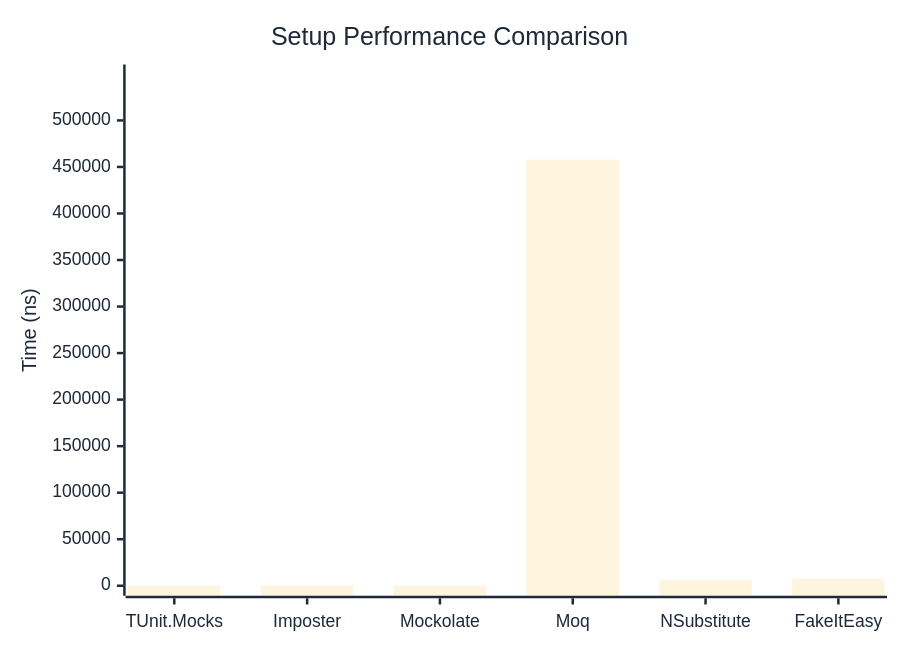
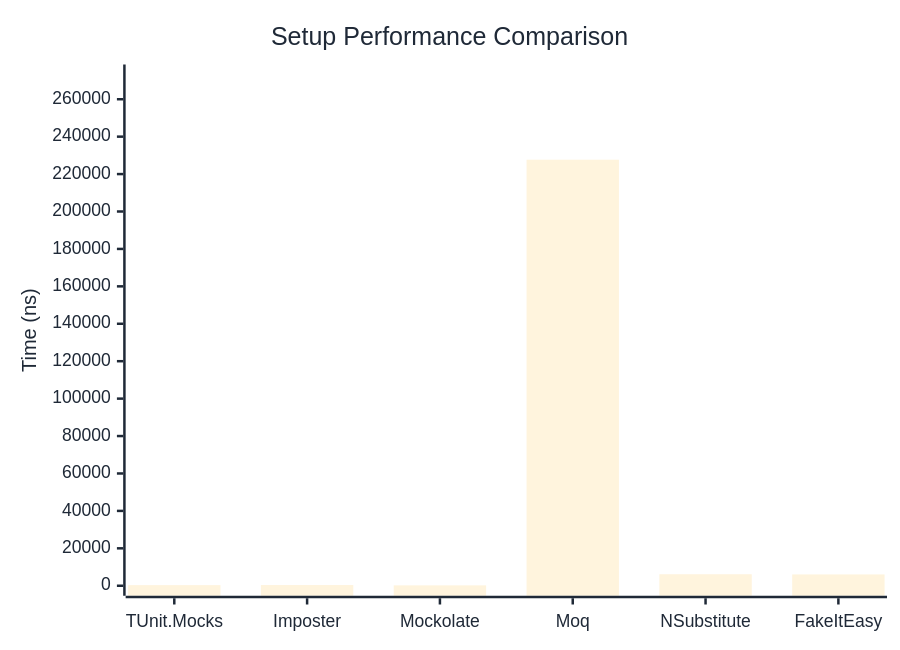
Before and after one commit to thomhurst/TUnit: the first of 2 diagrams in docs/docs/benchmarks/mocks/Setup.md, drawn with Mermaid. The commit also changed other lines of this file and 14 other files, not shown here.

````diff
--- a/docs/docs/benchmarks/mocks/Setup.md
+++ b/docs/docs/benchmarks/mocks/Setup.md
@@ -30,27 +30,27 @@
 ```mermaid
 %%{init: {
   'theme':'base',
   'themeVariables': {
     'primaryColor': '#2563eb',
     'primaryTextColor': '#1f2937',
     'primaryBorderColor': '#1e40af',
     'lineColor': '#6b7280',
     'secondaryColor': '#7c3aed',
     'tertiaryColor': '#dc2626',
     'background': '#ffffff',
     'pie1': '#2563eb',
     'pie2': '#7c3aed',
     'pie3': '#dc2626',
     'pie4': '#f59e0b',
     'pie5': '#10b981',
     'pie6': '#06b6d4',
     'pie7': '#ec4899',
     'pie8': '#6366f1'
   }
 }}%%
 xychart-beta
   title "Setup Performance Comparison"
   x-axis ["TUnit.Mocks", "Imposter", "Mockolate", "Moq", "NSubstitute", "FakeItEasy"]
-  y-axis "Time (ns)" 0 --> 549345
-  bar [236.8, 294.9, 151.2, 457787.3, 6029.6, 7616.1]
+  y-axis "Time (ns)" 0 --> 273213
+  bar [330.7, 377.8, 215.7, 227676.7, 6150.4, 6052.3]
 ```
````
